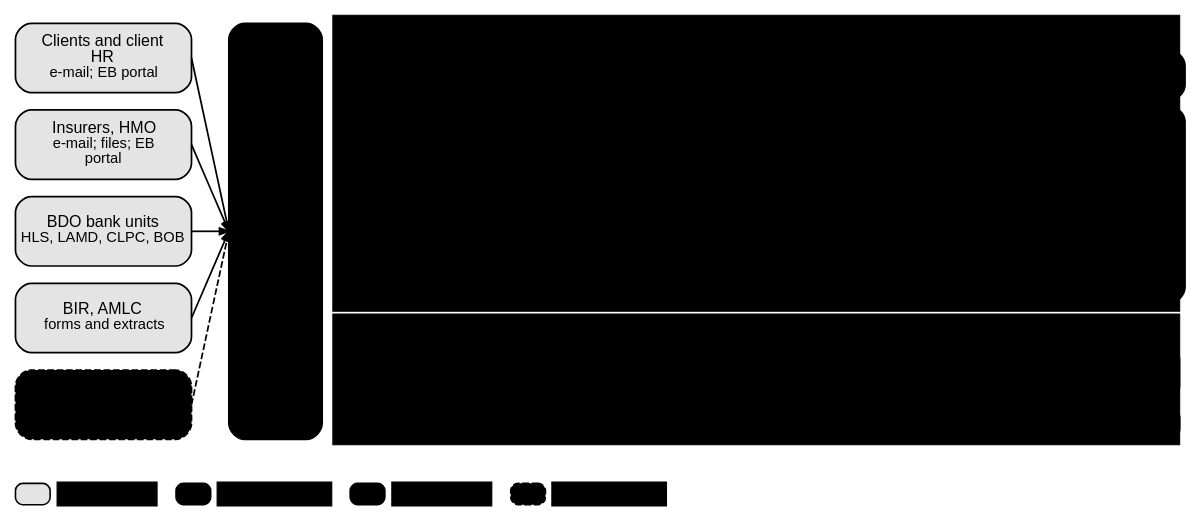
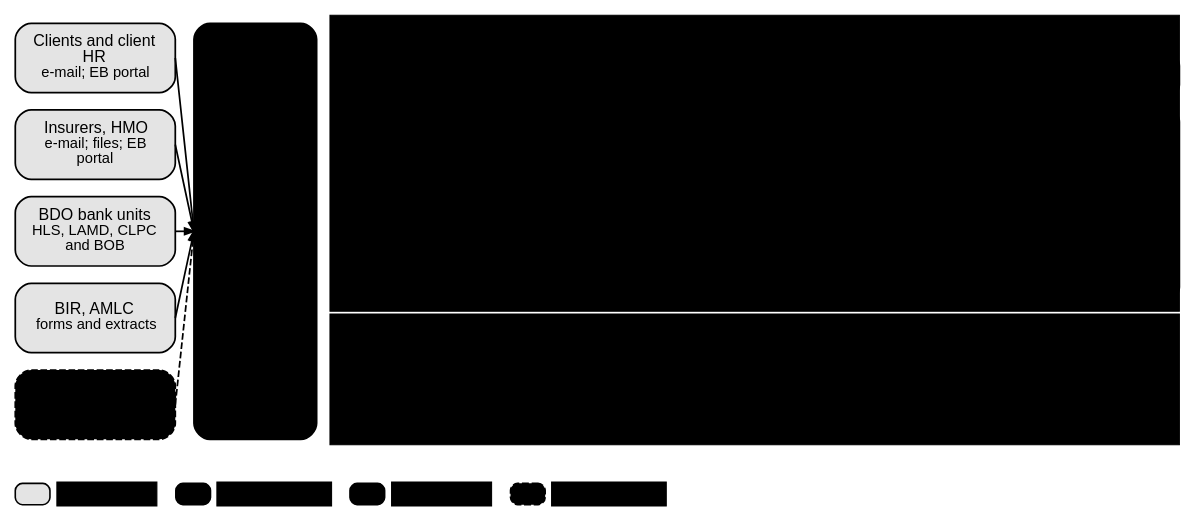
The diagram in docs/deliverables/src/decks/figures/holistic_envisioned_map.dot (IortaTexhNXT-DEV/FinVerse), drawn with Graphviz before and after one commit. The commit also changed 11 other files, not shown here.

```diff
--- a/docs/deliverables/src/decks/figures/holistic_envisioned_map.dot
+++ b/docs/deliverables/src/decks/figures/holistic_envisioned_map.dot
@@ -7,37 +7,37 @@
   edge [fontname="Arial"];
   c0 [pos="0,0!", shape=point, width=0.01, style=invis];
   c1 [pos="873.0,372.0!", shape=point, width=0.01, style=invis];
-  r1 [pos="555.5,261.0!", shape=box, style="filled", fillcolor="@DIRTY_WHITE", color="@BORDER", penwidth=0.8, width=8.819, height=3.083, fixedsize=true, margin="0.03,0.02", label=""];
-  r2 [pos="392.0,360.0!", shape=box, style="filled", fillcolor="@DIRTY_WHITE", color="@DIRTY_WHITE", penwidth=0.8, width=4.167, height=0.250, fixedsize=true, margin="0.03,0.02", label=<<font point-size="11.5" color="@HEADER_BLUE"><b>BIBS modules by navigation group</b></font>>];
-  r3 [pos="555.5,99.0!", shape=box, style="filled", fillcolor="@BG_BLUE", color="@BORDER", penwidth=0.8, width=8.819, height=1.361, fixedsize=true, margin="0.03,0.02", label=""];
-  r4 [pos="392.0,136.0!", shape=box, style="filled", fillcolor="@BG_BLUE", color="@BG_BLUE", penwidth=0.8, width=4.167, height=0.250, fixedsize=true, margin="0.03,0.02", label=<<font point-size="11.5" color="@HEADER_BLUE"><b>Shared services and hosting</b></font>>];
-  x_cli [pos="66.0,340.0!", shape=box, style="rounded,filled", fillcolor="#E4E4E4", color="@MUTED", penwidth=1.3, width=1.833, height=0.722, fixedsize=true, margin="0.03,0.02", label=<<font point-size="12" color="@NEAR_BLACK">Clients and client<br/>HR</font><br/><font point-size="11" color="@MUTED">e-mail; EB portal</font>>];
-  x_ins [pos="66.0,275.0!", shape=box, style="rounded,filled", fillcolor="#E4E4E4", color="@MUTED", penwidth=1.3, width=1.833, height=0.722, fixedsize=true, margin="0.03,0.02", label=<<font point-size="12" color="@NEAR_BLACK">Insurers, HMO</font><br/><font point-size="11" color="@MUTED">e-mail; files; EB<br/>portal</font>>];
-  x_bank [pos="66.0,210.0!", shape=box, style="rounded,filled", fillcolor="#E4E4E4", color="@MUTED", penwidth=1.3, width=1.833, height=0.722, fixedsize=true, margin="0.03,0.02", label=<<font point-size="12" color="@NEAR_BLACK">BDO bank units</font><br/><font point-size="11" color="@MUTED">HLS, LAMD, CLPC, BOB</font>>];
-  x_reg [pos="66.0,145.0!", shape=box, style="rounded,filled", fillcolor="#E4E4E4", color="@MUTED", penwidth=1.3, width=1.833, height=0.722, fixedsize=true, margin="0.03,0.02", label=<<font point-size="12" color="@NEAR_BLACK">BIR, AMLC</font><br/><font point-size="11" color="@MUTED">forms and extracts</font>>];
-  x_dir [pos="66.0,80.0!", shape=box, style="rounded,filled,dashed", fillcolor="@WHITE", color="@MUTED", penwidth=1.3, width=1.833, height=0.722, fixedsize=true, margin="0.03,0.02", label=<<font point-size="12" color="@MUTED">BDO directory (EUA)</font><br/><font point-size="11" color="@MUTED">parked</font>>];
-  chan [pos="195.0,210.0!", shape=box, style="rounded,filled", fillcolor="@BG_BLUE", color="@CTA_BLUE", penwidth=1.3, width=0.972, height=4.333, fixedsize=true, margin="0.03,0.02", label=<<font point-size="12" color="@NEAR_BLACK">Interfaces<br/>: e-mail<br/>with send<br/>log, file<br/>upload,<br/>partner<br/>portal,<br/>parked<br/>APIs</font>>];
-  g0 [pos="329.0,327.0!", shape=box, style="rounded,filled", fillcolor="@HEADER_BLUE", color="@HEADER_BLUE", penwidth=1.3, width=2.361, height=0.528, fixedsize=true, margin="0.03,0.02", label=<<font point-size="11.5" color="@WHITE"><b>Client &amp; Policy</b></font>>];
-  g0m [pos="329.0,230.0!", shape=box, style="rounded,filled", fillcolor="@WHITE", color="@CTA_BLUE", penwidth=1.3, width=2.361, height=2.056, fixedsize=true, margin="0.03,0.02", label=<<font point-size="11" color="@HEADER_BLUE">Clients, Screening*,<br/>Quotations, Accounts,<br/>Non-Package (PRF), Employee<br/>Benefits*, Placement,<br/>Issuance, Booking, Renewal*,<br/>Submitted Policies*, Customer<br/>Service*, Prod. Recon,<br/>Adjustment, Products</font>>];
+  r1 [pos="554.5,261.0!", shape=box, style="filled", fillcolor="@DIRTY_WHITE", color="@BORDER", penwidth=0.8, width=8.847, height=3.083, fixedsize=true, margin="0.03,0.02", label=""];
+  r2 [pos="390.0,360.0!", shape=box, style="filled", fillcolor="@DIRTY_WHITE", color="@DIRTY_WHITE", penwidth=0.8, width=4.167, height=0.250, fixedsize=true, margin="0.03,0.02", label=<<font point-size="11.5" color="@HEADER_BLUE"><b>BIBS modules by navigation group</b></font>>];
+  r3 [pos="554.5,99.0!", shape=box, style="filled", fillcolor="@BG_BLUE", color="@BORDER", penwidth=0.8, width=8.847, height=1.361, fixedsize=true, margin="0.03,0.02", label=""];
+  r4 [pos="390.0,136.0!", shape=box, style="filled", fillcolor="@BG_BLUE", color="@BG_BLUE", penwidth=0.8, width=4.167, height=0.250, fixedsize=true, margin="0.03,0.02", label=<<font point-size="11.5" color="@HEADER_BLUE"><b>Shared services and hosting</b></font>>];
+  x_cli [pos="60.0,340.0!", shape=box, style="rounded,filled", fillcolor="#E4E4E4", color="@MUTED", penwidth=1.3, width=1.667, height=0.722, fixedsize=true, margin="0.03,0.02", label=<<font point-size="12" color="@NEAR_BLACK">Clients and client<br/>HR</font><br/><font point-size="11" color="@MUTED">e-mail; EB portal</font>>];
+  x_ins [pos="60.0,275.0!", shape=box, style="rounded,filled", fillcolor="#E4E4E4", color="@MUTED", penwidth=1.3, width=1.667, height=0.722, fixedsize=true, margin="0.03,0.02", label=<<font point-size="12" color="@NEAR_BLACK">Insurers, HMO</font><br/><font point-size="11" color="@MUTED">e-mail; files; EB<br/>portal</font>>];
+  x_bank [pos="60.0,210.0!", shape=box, style="rounded,filled", fillcolor="#E4E4E4", color="@MUTED", penwidth=1.3, width=1.667, height=0.722, fixedsize=true, margin="0.03,0.02", label=<<font point-size="12" color="@NEAR_BLACK">BDO bank units</font><br/><font point-size="11" color="@MUTED">HLS, LAMD, CLPC<br/>and BOB</font>>];
+  x_reg [pos="60.0,145.0!", shape=box, style="rounded,filled", fillcolor="#E4E4E4", color="@MUTED", penwidth=1.3, width=1.667, height=0.722, fixedsize=true, margin="0.03,0.02", label=<<font point-size="12" color="@NEAR_BLACK">BIR, AMLC</font><br/><font point-size="11" color="@MUTED">forms and extracts</font>>];
+  x_dir [pos="60.0,80.0!", shape=box, style="rounded,filled,dashed", fillcolor="@WHITE", color="@MUTED", penwidth=1.3, width=1.667, height=0.722, fixedsize=true, margin="0.03,0.02", label=<<font point-size="12" color="@MUTED">BDO directory<br/>(EUA)</font><br/><font point-size="11" color="@MUTED">parked</font>>];
+  chan [pos="180.0,210.0!", shape=box, style="rounded,filled", fillcolor="@BG_BLUE", color="@CTA_BLUE", penwidth=1.3, width=1.278, height=4.333, fixedsize=true, margin="0.03,0.02", label=<<font point-size="12" color="@NEAR_BLACK">Interfaces:<br/>e-mail with<br/>send log,<br/>file upload,<br/>partner<br/>portal,<br/>parked APIs</font>>];
+  g0 [pos="328.0,327.0!", shape=box, style="rounded,filled", fillcolor="@HEADER_BLUE", color="@HEADER_BLUE", penwidth=1.3, width=2.389, height=0.528, fixedsize=true, margin="0.03,0.02", label=<<font point-size="11.5" color="@WHITE"><b>Client &amp; Policy</b></font>>];
+  g0m [pos="328.0,230.0!", shape=box, style="rounded,filled", fillcolor="@WHITE", color="@CTA_BLUE", penwidth=1.3, width=2.389, height=2.056, fixedsize=true, margin="0.03,0.02", label=<<font point-size="11" color="@HEADER_BLUE">Clients, Screening*,<br/>Quotations, Accounts,<br/>Non-Package (PRF), Employee<br/>Benefits*, Placement,<br/>Issuance, Booking, Renewal*,<br/>Submitted Policies*, Customer<br/>Service*, Prod. Recon,<br/>Adjustment, Products</font>>];
   g1 [pos="458.0,327.0!", shape=box, style="rounded,filled", fillcolor="@HEADER_BLUE", color="@HEADER_BLUE", penwidth=1.3, width=1.111, height=0.528, fixedsize=true, margin="0.03,0.02", label=<<font point-size="11.5" color="@WHITE"><b>Operations</b></font>>];
   g1m [pos="458.0,230.0!", shape=box, style="rounded,filled", fillcolor="@WHITE", color="@CTA_BLUE", penwidth=1.3, width=1.111, height=2.056, fixedsize=true, margin="0.03,0.02", label=<<font point-size="11" color="@HEADER_BLUE">Operations<br/>home,<br/>invoice<br/>ledger,<br/>interfaces</font>>];
-  g2 [pos="566.0,327.0!", shape=box, style="rounded,filled", fillcolor="@HEADER_BLUE", color="@HEADER_BLUE", penwidth=1.3, width=1.778, height=0.528, fixedsize=true, margin="0.03,0.02", label=<<font point-size="11.5" color="@WHITE"><b>Finance</b></font>>];
-  g2m [pos="566.0,230.0!", shape=box, style="rounded,filled", fillcolor="@WHITE", color="@CTA_BLUE", penwidth=1.3, width=1.778, height=2.056, fixedsize=true, margin="0.03,0.02", label=<<font point-size="11" color="@HEADER_BLUE">Collections,<br/>Cashiering,<br/>Remittance,<br/>Commission,<br/>Disbursement, Refund<br/>requests, ACSL, GL,<br/>AR, AP, tax</font>>];
-  g3 [pos="675.0,327.0!", shape=box, style="rounded,filled", fillcolor="@HEADER_BLUE", color="@HEADER_BLUE", penwidth=1.3, width=1.139, height=0.528, fixedsize=true, margin="0.03,0.02", label=<<font point-size="11.5" color="@WHITE"><b>Claims &amp;<br/>Insurance</b></font>>];
-  g3m [pos="675.0,230.0!", shape=box, style="rounded,filled", fillcolor="@WHITE", color="@CTA_BLUE", penwidth=1.3, width=1.139, height=2.056, fixedsize=true, margin="0.03,0.02", label=<<font point-size="11" color="@HEADER_BLUE">Claims<br/>Handling*,<br/>insurer-side<br/>modules</font>>];
-  g4 [pos="752.0,327.0!", shape=box, style="rounded,filled", fillcolor="@HEADER_BLUE", color="@HEADER_BLUE", penwidth=1.3, width=0.889, height=0.528, fixedsize=true, margin="0.03,0.02", label=<<font point-size="11.5" color="@WHITE"><b>Reports</b></font>>];
-  g4m [pos="752.0,230.0!", shape=box, style="rounded,filled", fillcolor="@WHITE", color="@CTA_BLUE", penwidth=1.3, width=0.889, height=2.056, fixedsize=true, margin="0.03,0.02", label=<<font point-size="11" color="@HEADER_BLUE">Report<br/>Centre,<br/>NB<br/>reports</font>>];
-  g5 [pos="832.5,327.0!", shape=box, style="rounded,filled", fillcolor="@HEADER_BLUE", color="@HEADER_BLUE", penwidth=1.3, width=1.236, height=0.528, fixedsize=true, margin="0.03,0.02", label=<<font point-size="11.5" color="@WHITE"><b>Setup &amp;<br/>Admin</b></font>>];
-  g5m [pos="832.5,230.0!", shape=box, style="rounded,filled", fillcolor="@WHITE", color="@CTA_BLUE", penwidth=1.3, width=1.236, height=2.056, fixedsize=true, margin="0.03,0.02", label=<<font point-size="11" color="@HEADER_BLUE">Broking setup,<br/>Compliance<br/>setup*, User<br/>Access, Portal<br/>users*, Admin</font>>];
-  s0 [pos="281.6,104.0!", shape=box, style="rounded,filled", fillcolor="@CTA_BLUE", color="@CTA_BLUE", penwidth=1.3, width=1.043, height=0.611, fixedsize=true, margin="0.03,0.02", label=<<font point-size="11" color="@WHITE">Workflow<br/>and SLA</font>>];
-  s1 [pos="360.7,104.0!", shape=box, style="rounded,filled", fillcolor="@CTA_BLUE", color="@CTA_BLUE", penwidth=1.3, width=1.043, height=0.611, fixedsize=true, margin="0.03,0.02", label=<<font point-size="10.5" color="@WHITE">Documents<br/>and<br/>templates</font>>];
-  s2 [pos="439.8,104.0!", shape=box, style="rounded,filled", fillcolor="@CTA_BLUE", color="@CTA_BLUE", penwidth=1.3, width=1.043, height=0.611, fixedsize=true, margin="0.03,0.02", label=<<font point-size="11" color="@WHITE">Notificatio<br/>ns</font>>];
-  s3 [pos="518.9,104.0!", shape=box, style="rounded,filled", fillcolor="@CTA_BLUE", color="@CTA_BLUE", penwidth=1.3, width=1.043, height=0.611, fixedsize=true, margin="0.03,0.02", label=<<font point-size="11" color="@WHITE">Reports and<br/>exports</font>>];
-  s4 [pos="598.1,104.0!", shape=box, style="rounded,filled", fillcolor="@CTA_BLUE", color="@CTA_BLUE", penwidth=1.3, width=1.043, height=0.611, fixedsize=true, margin="0.03,0.02", label=<<font point-size="11" color="@WHITE">Audit trail</font>>];
-  s5 [pos="677.2,104.0!", shape=box, style="rounded,filled", fillcolor="@CTA_BLUE", color="@CTA_BLUE", penwidth=1.3, width=1.043, height=0.611, fixedsize=true, margin="0.03,0.02", label=<<font point-size="11" color="@WHITE">Configurati<br/>on masters</font>>];
-  s6 [pos="756.3,104.0!", shape=box, style="rounded,filled", fillcolor="@CTA_BLUE", color="@CTA_BLUE", penwidth=1.3, width=1.043, height=0.611, fixedsize=true, margin="0.03,0.02", label=<<font point-size="11" color="@WHITE">Redis cache</font>>];
-  s7 [pos="835.4,104.0!", shape=box, style="rounded,filled", fillcolor="@CTA_BLUE", color="@CTA_BLUE", penwidth=1.3, width=1.043, height=0.611, fixedsize=true, margin="0.03,0.02", label=<<font point-size="11" color="@WHITE">Kafka<br/>events</font>>];
-  host [pos="558.5,66.0!", shape=box, style="rounded,filled", fillcolor="@BG_BLUE", color="@HEADER_BLUE", penwidth=1.3, width=8.736, height=0.333, fixedsize=true, margin="0.03,0.02", label=<<font point-size="11" color="@NEAR_BLACK">Hosting: AWS, Singapore region; production and non-production environments (client BOM)</font>>];
+  g2 [pos="564.0,327.0!", shape=box, style="rounded,filled", fillcolor="@HEADER_BLUE", color="@HEADER_BLUE", penwidth=1.3, width=1.722, height=0.528, fixedsize=true, margin="0.03,0.02", label=<<font point-size="11.5" color="@WHITE"><b>Finance</b></font>>];
+  g2m [pos="564.0,230.0!", shape=box, style="rounded,filled", fillcolor="@WHITE", color="@CTA_BLUE", penwidth=1.3, width=1.722, height=2.056, fixedsize=true, margin="0.03,0.02", label=<<font point-size="11" color="@HEADER_BLUE">Collections,<br/>Cashiering,<br/>Remittance,<br/>Commission,<br/>Disbursement, Refund<br/>requests, ACSL, GL,<br/>AR, AP, tax</font>>];
+  g3 [pos="671.0,327.0!", shape=box, style="rounded,filled", fillcolor="@HEADER_BLUE", color="@HEADER_BLUE", penwidth=1.3, width=1.139, height=0.528, fixedsize=true, margin="0.03,0.02", label=<<font point-size="11.5" color="@WHITE"><b>Claims &amp;<br/>Insurance</b></font>>];
+  g3m [pos="671.0,230.0!", shape=box, style="rounded,filled", fillcolor="@WHITE", color="@CTA_BLUE", penwidth=1.3, width=1.139, height=2.056, fixedsize=true, margin="0.03,0.02", label=<<font point-size="11" color="@HEADER_BLUE">Claims<br/>Handling*,<br/>insurer-side<br/>modules</font>>];
+  g4 [pos="747.0,327.0!", shape=box, style="rounded,filled", fillcolor="@HEADER_BLUE", color="@HEADER_BLUE", penwidth=1.3, width=0.861, height=0.528, fixedsize=true, margin="0.03,0.02", label=<<font point-size="11.5" color="@WHITE"><b>Reports</b></font>>];
+  g4m [pos="747.0,230.0!", shape=box, style="rounded,filled", fillcolor="@WHITE", color="@CTA_BLUE", penwidth=1.3, width=0.861, height=2.056, fixedsize=true, margin="0.03,0.02", label=<<font point-size="11" color="@HEADER_BLUE">Report<br/>Centre,<br/>NB<br/>reports</font>>];
+  g5 [pos="827.5,327.0!", shape=box, style="rounded,filled", fillcolor="@HEADER_BLUE", color="@HEADER_BLUE", penwidth=1.3, width=1.264, height=0.528, fixedsize=true, margin="0.03,0.02", label=<<font point-size="11.5" color="@WHITE"><b>Setup &amp;<br/>Admin</b></font>>];
+  g5m [pos="827.5,230.0!", shape=box, style="rounded,filled", fillcolor="@WHITE", color="@CTA_BLUE", penwidth=1.3, width=1.264, height=2.056, fixedsize=true, margin="0.03,0.02", label=<<font point-size="11" color="@HEADER_BLUE">Broking setup,<br/>Compliance<br/>setup*, User<br/>Access, Portal<br/>users*, Admin</font>>];
+  s0 [pos="279.8,105.0!", shape=box, style="rounded,filled", fillcolor="@CTA_BLUE", color="@CTA_BLUE", penwidth=1.3, width=1.049, height=0.583, fixedsize=true, margin="0.03,0.02", label=<<font point-size="11" color="@WHITE">Workflow<br/>and SLA</font>>];
+  s1 [pos="358.2,105.0!", shape=box, style="rounded,filled", fillcolor="@CTA_BLUE", color="@CTA_BLUE", penwidth=1.3, width=1.049, height=0.583, fixedsize=true, margin="0.03,0.02", label=<<font point-size="11" color="@WHITE">Documents,<br/>templates</font>>];
+  s2 [pos="436.8,105.0!", shape=box, style="rounded,filled", fillcolor="@CTA_BLUE", color="@CTA_BLUE", penwidth=1.3, width=1.049, height=0.583, fixedsize=true, margin="0.03,0.02", label=<<font point-size="11" color="@WHITE">Notifications</font>>];
+  s3 [pos="515.2,105.0!", shape=box, style="rounded,filled", fillcolor="@CTA_BLUE", color="@CTA_BLUE", penwidth=1.3, width=1.049, height=0.583, fixedsize=true, margin="0.03,0.02", label=<<font point-size="11" color="@WHITE">Reports,<br/>exports</font>>];
+  s4 [pos="593.8,105.0!", shape=box, style="rounded,filled", fillcolor="@CTA_BLUE", color="@CTA_BLUE", penwidth=1.3, width=1.049, height=0.583, fixedsize=true, margin="0.03,0.02", label=<<font point-size="11" color="@WHITE">Audit trail</font>>];
+  s5 [pos="672.2,105.0!", shape=box, style="rounded,filled", fillcolor="@CTA_BLUE", color="@CTA_BLUE", penwidth=1.3, width=1.049, height=0.583, fixedsize=true, margin="0.03,0.02", label=<<font point-size="11" color="@WHITE">Masters and<br/>rules</font>>];
+  s6 [pos="750.8,105.0!", shape=box, style="rounded,filled", fillcolor="@CTA_BLUE", color="@CTA_BLUE", penwidth=1.3, width=1.049, height=0.583, fixedsize=true, margin="0.03,0.02", label=<<font point-size="11" color="@WHITE">Redis cache</font>>];
+  s7 [pos="829.2,105.0!", shape=box, style="rounded,filled", fillcolor="@CTA_BLUE", color="@CTA_BLUE", penwidth=1.3, width=1.049, height=0.583, fixedsize=true, margin="0.03,0.02", label=<<font point-size="11" color="@WHITE">Kafka<br/>events</font>>];
+  host [pos="554.5,67.0!", shape=box, style="rounded,filled", fillcolor="@WHITE", color="@CTA_BLUE", penwidth=1.3, width=8.681, height=0.333, fixedsize=true, margin="0.03,0.02", label=<<font point-size="11" color="@HEADER_BLUE">Hosting: AWS, Singapore region; production and non-production environments (client BOM)</font>>];
   r5 [pos="13.0,13.0!", shape=box, style="rounded,filled", fillcolor="#E4E4E4", color="@MUTED", penwidth=1.2, width=0.361, height=0.222, fixedsize=true, margin="0.03,0.02", label=""];
   r6 [pos="68.7,13.0!", shape=box, style="filled", fillcolor="@WHITE", color="@WHITE", penwidth=0.8, width=1.047, height=0.250, fixedsize=true, margin="0.03,0.02", label=<<font point-size="10.5" color="@TEXT">External party</font>>];
   r7 [pos="133.4,13.0!", shape=box, style="rounded,filled", fillcolor="@HEADER_BLUE", color="@HEADER_BLUE", penwidth=1.2, width=0.361, height=0.222, fixedsize=true, margin="0.03,0.02", label=""];
```
